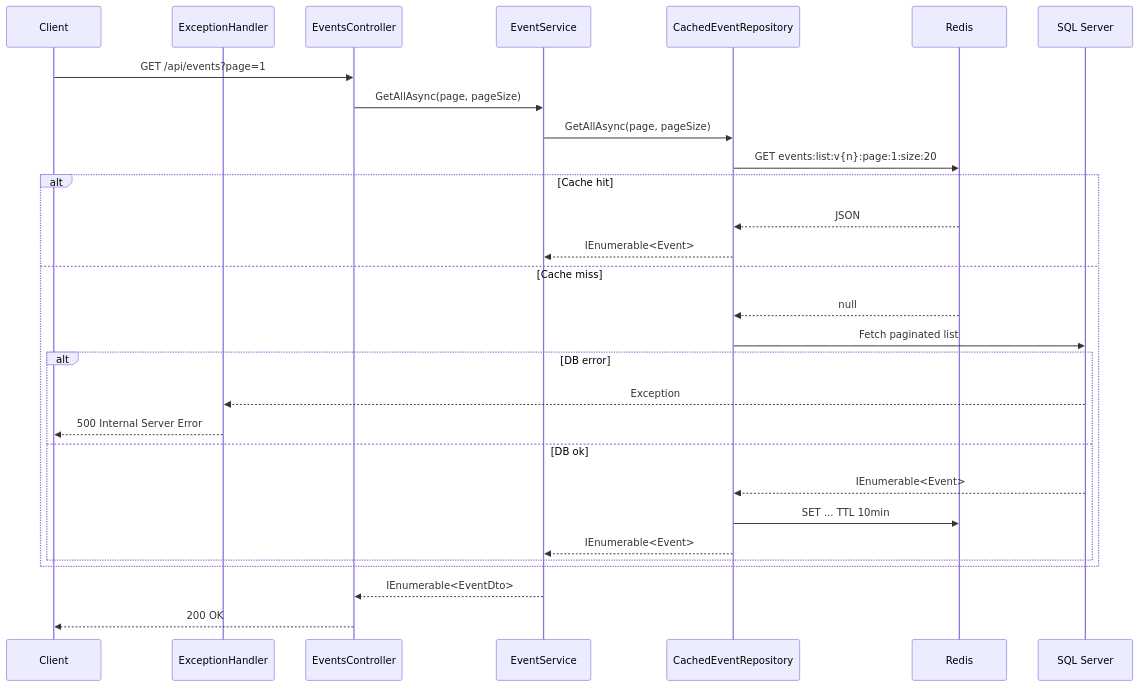
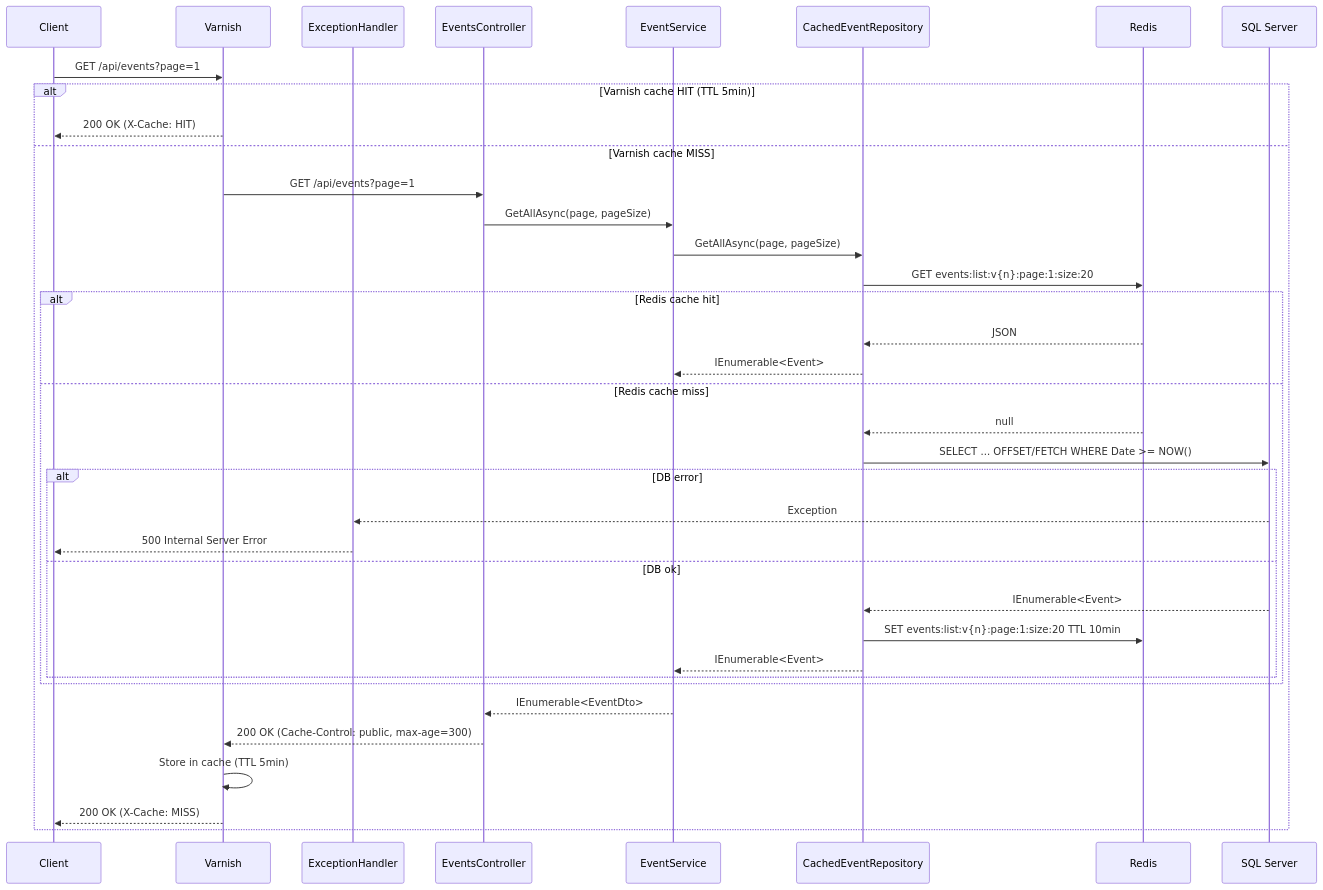
Before and after one commit to LaurentCondoure/EventManager: the diagram in documents/Technical/flows/GET-events.md, drawn with Mermaid. The commit also changed 8 other files, not shown here.

Commit message:
docs: update project's documents. Completed test strategy, update Architecture and flows

````diff
--- a/documents/Technical/flows/GET-events.md
+++ b/documents/Technical/flows/GET-events.md
@@ -1,32 +1,40 @@
 ```mermaid
 sequenceDiagram
     participant Client
+    participant Varnish
     participant EH as ExceptionHandler
     participant API as EventsController
     participant Service as EventService
     participant Cache as CachedEventRepository
     participant Redis
     participant DB as SQL Server
 
-    Client->>API: GET /api/events?page=1
-    API->>Service: GetAllAsync(page, pageSize)
-    Service->>Cache: GetAllAsync(page, pageSize)
-    Cache->>Redis: GET events:list:v{n}:page:1:size:20
-    alt Cache hit
-        Redis-->>Cache: JSON
-        Cache-->>Service: IEnumerable<Event>
-    else Cache miss
-        Redis-->>Cache: null
-        Cache->>DB: Fetch paginated list
-        alt DB error
-            DB-->>EH: Exception
-            EH-->>Client: 500 Internal Server Error
-        else DB ok
-            DB-->>Cache: IEnumerable<Event>
-            Cache->>Redis: SET ... TTL 10min
+    Client->>Varnish: GET /api/events?page=1
+    alt Varnish cache HIT (TTL 5min)
+        Varnish-->>Client: 200 OK (X-Cache: HIT)
+    else Varnish cache MISS
+        Varnish->>API: GET /api/events?page=1
+        API->>Service: GetAllAsync(page, pageSize)
+        Service->>Cache: GetAllAsync(page, pageSize)
+        Cache->>Redis: GET events:list:v{n}:page:1:size:20
+        alt Redis cache hit
+            Redis-->>Cache: JSON
             Cache-->>Service: IEnumerable<Event>
+        else Redis cache miss
+            Redis-->>Cache: null
+            Cache->>DB: SELECT ... OFFSET/FETCH WHERE Date >= NOW()
+            alt DB error
+                DB-->>EH: Exception
+                EH-->>Client: 500 Internal Server Error
+            else DB ok
+                DB-->>Cache: IEnumerable<Event>
+                Cache->>Redis: SET events:list:v{n}:page:1:size:20 TTL 10min
+                Cache-->>Service: IEnumerable<Event>
+            end
         end
+        Service-->>API: IEnumerable<EventDto>
+        API-->>Varnish: 200 OK (Cache-Control: public, max-age=300)
+        Varnish->>Varnish: Store in cache (TTL 5min)
+        Varnish-->>Client: 200 OK (X-Cache: MISS)
     end
-    Service-->>API: IEnumerable<EventDto>
-    API-->>Client: 200 OK
 ```
````
